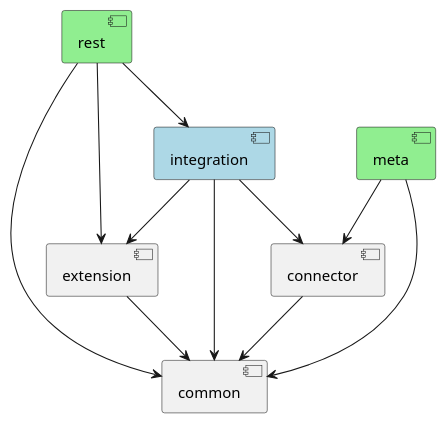
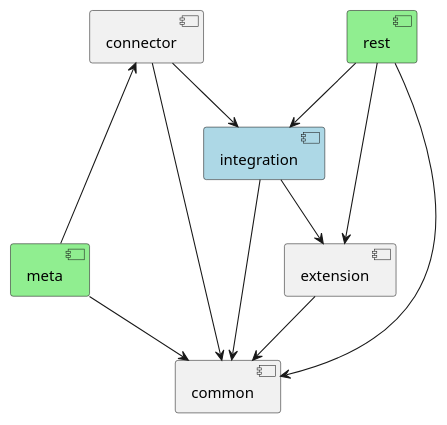
One commit to syndesisio/syndesis changed the diagram in doc/sdh/development/groups.plantuml. Above: the diagram before and after it, drawn with PlantUML.

Commit message:
fix(sdh): Maven group diagram fix

```diff
--- a/doc/sdh/development/groups.plantuml
+++ b/doc/sdh/development/groups.plantuml
@@ -1,24 +1,25 @@
 @startuml
 ' tag::uml[]
 
 component [rest] #lightgreen
 component [meta] #lightgreen
 component [integration] #lightblue
 
 [common]
 [connector] --> [common]
+[connector] --> [integration]
+
 [extension] --> [common]
 
 [integration] --> [common]
 [integration] --> [extension]
-[integration] --> [connector]
 
 [rest] --> [common]
 [rest] --> [extension]
 [rest] --> [integration]
 
 [meta] --> [common]
-[meta] --> [connector]
+[meta] -up-> [connector]
 
 ' end::uml[]
 @enduml
```
